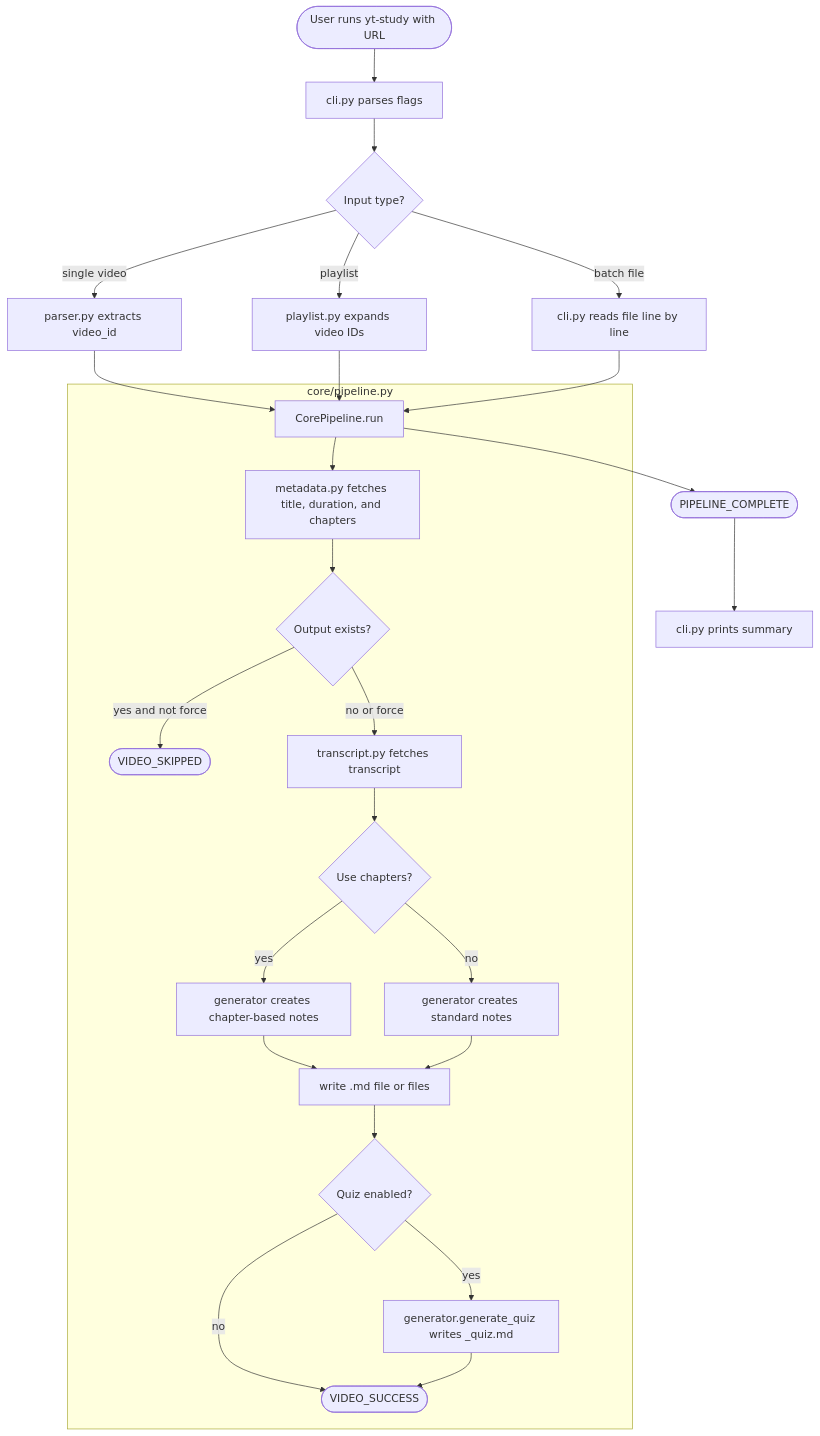
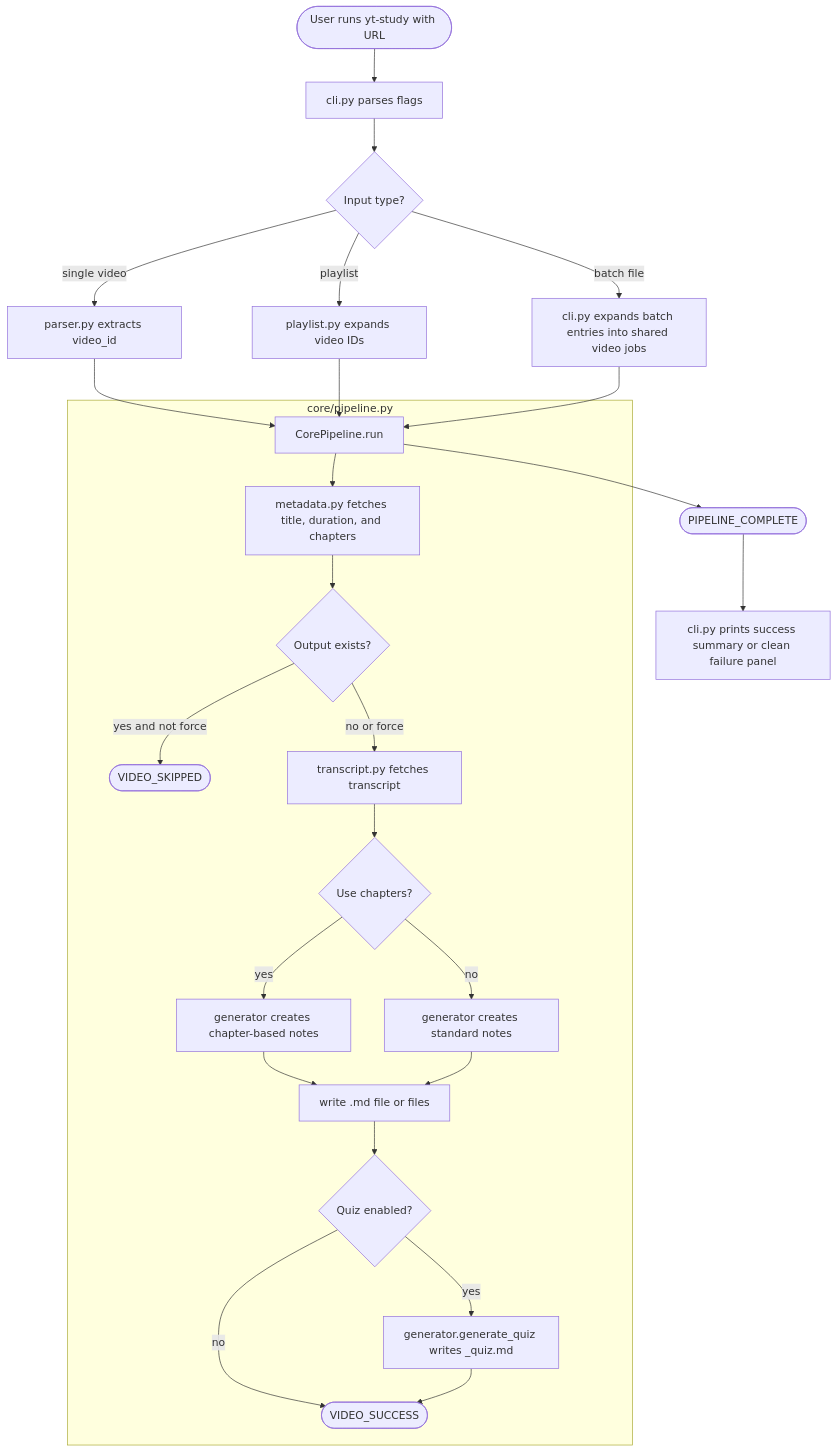
Before and after one commit to whoisjayd/notewise: the first of 3 diagrams in ARCHITECTURE.md, drawn with Mermaid. The commit also changed other lines of this file and 25 other files, not shown here.

````diff
--- a/ARCHITECTURE.md
+++ b/ARCHITECTURE.md
@@ -23,37 +23,37 @@
 ```mermaid
 flowchart TD
     A([User runs yt-study with URL]) --> B[cli.py parses flags]
     B --> C{Input type?}
 
     C -->|single video| D[parser.py extracts video_id]
     C -->|playlist| E[playlist.py expands video IDs]
-    C -->|batch file| F[cli.py reads file line by line]
+    C -->|batch file| F[cli.py expands batch entries into shared video jobs]
 
     D --> G[CorePipeline.run]
     E --> G
     F --> G
 
     subgraph Pipeline["core/pipeline.py"]
         G --> H[metadata.py fetches title, duration, and chapters]
         H --> I{Output exists?}
 
         I -->|yes and not force| J([VIDEO_SKIPPED])
         I -->|no or force| K[transcript.py fetches transcript]
 
         K --> L{Use chapters?}
         L -->|yes| M[generator creates chapter-based notes]
         L -->|no| N[generator creates standard notes]
 
         M --> O[write .md file or files]
         N --> O
 
         O --> P{Quiz enabled?}
         P -->|yes| Q[generator.generate_quiz writes _quiz.md]
         P -->|no| R([VIDEO_SUCCESS])
 
         Q --> R
     end
 
     G --> S([PIPELINE_COMPLETE])
-    S --> T[cli.py prints summary]
+    S --> T[cli.py prints success summary or clean failure panel]
 ```
````
